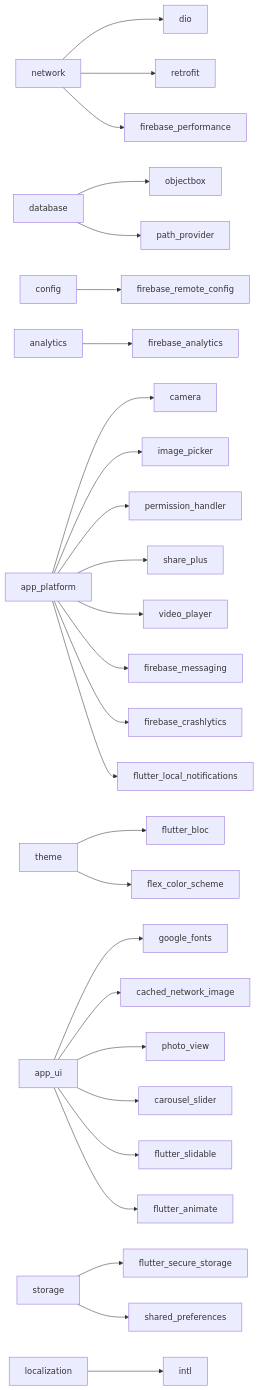
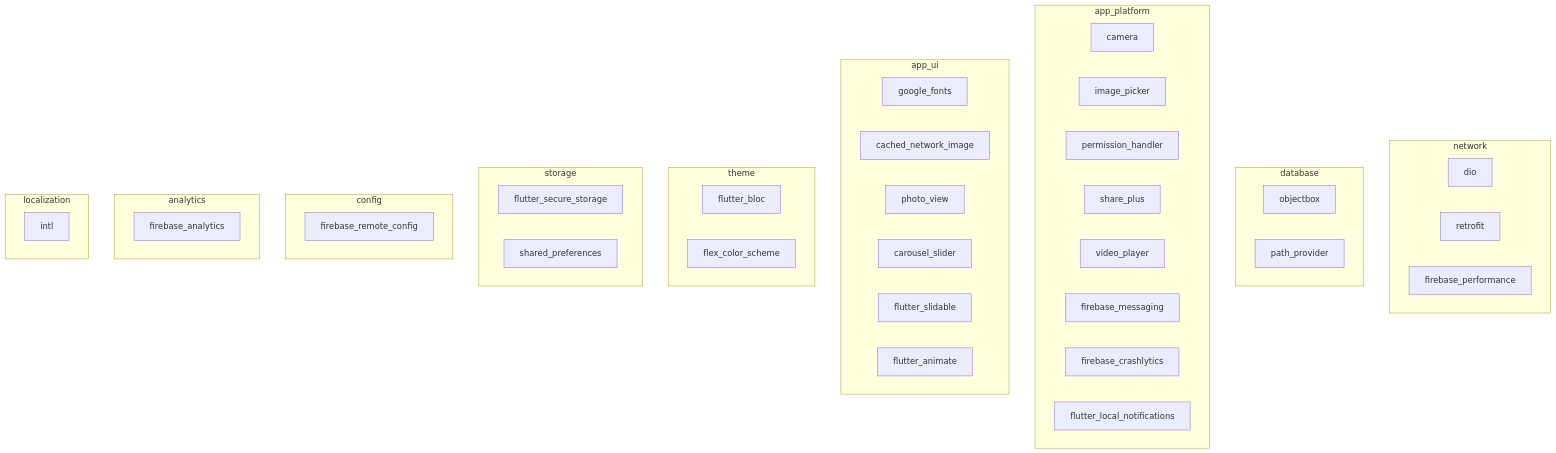
One commit to kido-luci/flutter-starter-template changed the fourth of 4 diagrams in README.md. Above: the diagram before and after it, drawn with Mermaid. The commit also changed other lines of this file, not shown here.

First line of the commit message:
docs: split dense workspace dependency graph into three focused views (#111)

````diff
--- a/README.md
+++ b/README.md
@@ -245,13 +247,47 @@
 ```mermaid
-graph LR
-  network --> dio & retrofit & firebase_performance
-  database --> objectbox & path_provider
-  config --> firebase_remote_config
-  analytics --> firebase_analytics
-  app_platform --> camera & image_picker & permission_handler & share_plus & video_player
-  app_platform --> firebase_messaging & firebase_crashlytics & flutter_local_notifications
-  theme --> flutter_bloc & flex_color_scheme
-  app_ui --> google_fonts & cached_network_image & photo_view & carousel_slider & flutter_slidable & flutter_animate
-  storage --> flutter_secure_storage & shared_preferences
-  localization --> intl
+graph TB
+  subgraph network
+    dio
+    retrofit
+    firebase_performance
+  end
+  subgraph database
+    objectbox
+    path_provider
+  end
+  subgraph app_platform
+    camera
+    image_picker
+    permission_handler
+    share_plus
+    video_player
+    firebase_messaging
+    firebase_crashlytics
+    flutter_local_notifications
+  end
+  subgraph app_ui
+    google_fonts
+    cached_network_image
+    photo_view
+    carousel_slider
+    flutter_slidable
+    flutter_animate
+  end
+  subgraph theme
+    flutter_bloc
+    flex_color_scheme
+  end
+  subgraph storage
+    flutter_secure_storage
+    shared_preferences
+  end
+  subgraph config
+    firebase_remote_config
+  end
+  subgraph analytics
+    firebase_analytics
+  end
+  subgraph localization
+    intl
+  end
 ```
````
